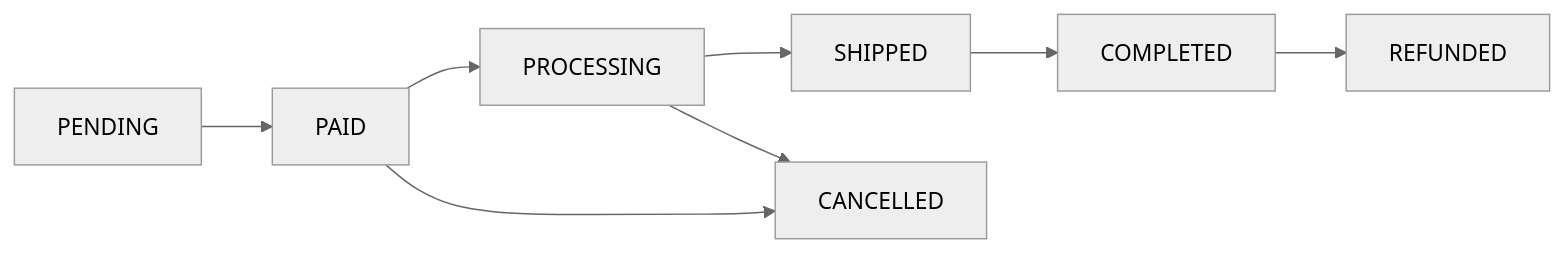
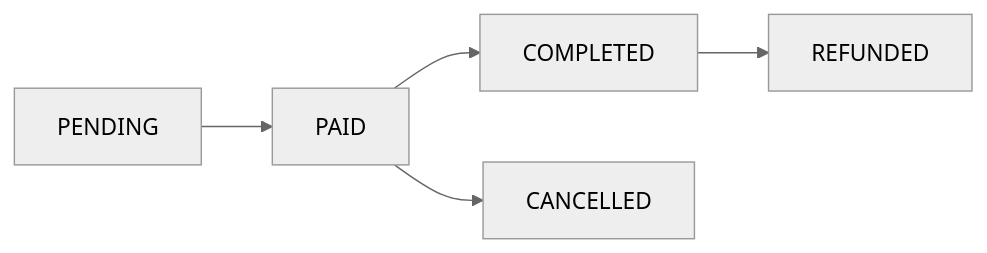
The third of 3 diagrams in concepts/store.mdx (jams24/docs), drawn with Mermaid (neutral theme) before and after one commit. The commit also changed other lines of this file and 7 other files, not shown here.

````diff
--- a/concepts/store.mdx
+++ b/concepts/store.mdx
@@ -64,10 +103,7 @@
 ```mermaid
 graph LR
     PENDING --> PAID
-    PAID --> PROCESSING
-    PROCESSING --> SHIPPED
-    SHIPPED --> COMPLETED
+    PAID --> COMPLETED
     PAID --> CANCELLED
-    PROCESSING --> CANCELLED
     COMPLETED --> REFUNDED
 ```
````
